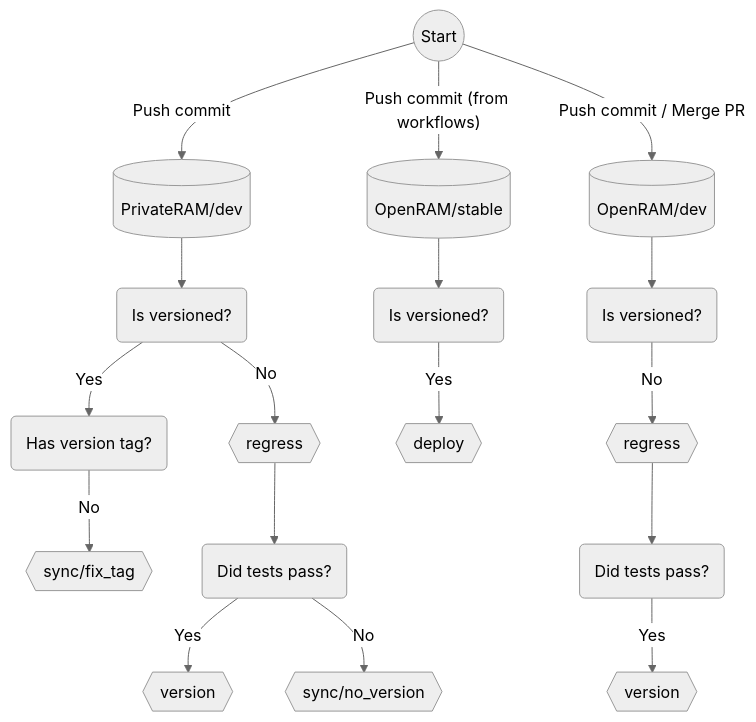
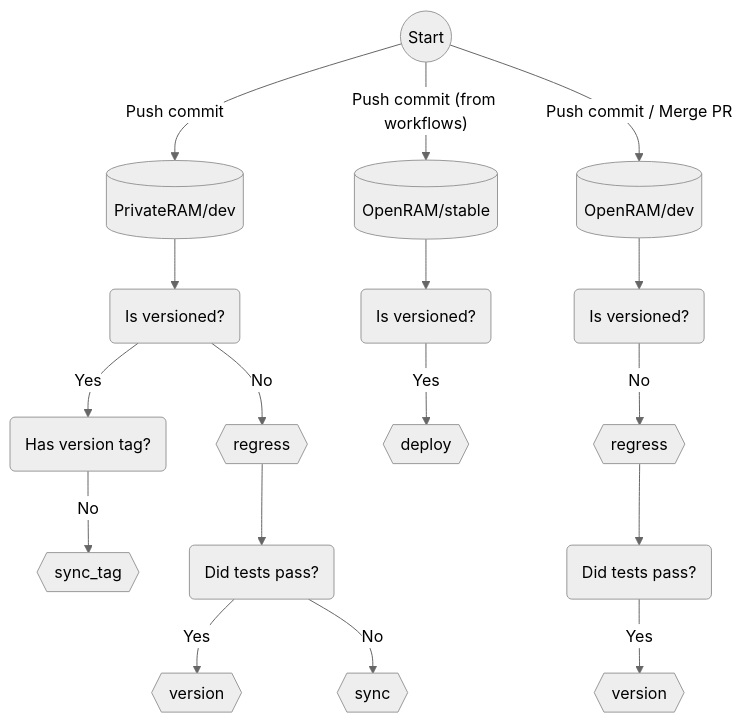
Before and after one commit to VLSIDA/OpenRAM: the diagram in .github/workflows/README.md, drawn with Mermaid (neutral theme). The commit also changed 2 other files, not shown here.

Commit message:
Fix workflow skipping sync

````diff
--- a/.github/workflows/README.md
+++ b/.github/workflows/README.md
@@ -80,42 +80,42 @@
 ```mermaid
 flowchart TD
 
 start((Start));
 privatedev[(PrivateRAM/dev)];
 publicdev[(OpenRAM/dev)];
 publicstable[(OpenRAM/stable)];
 regressprivate{{regress}};
 regresspublic{{regress}};
-syncnover{{sync/no_version}};
-synctag{{sync/fix_tag}};
+syncnover{{sync}};
+synctag{{sync_tag}};
 deploy{{deploy}};
 versionprivate{{version}};
 versionpublic{{version}};
 
 privateif1(Is versioned?);
 privateif2(Has version tag?);
 privateif3(Did tests pass?);
 
 publicif1(Is versioned?);
 publicif2(Is versioned?);
 publicif3(Did tests pass?)
 
 start-- Push commit -->privatedev
     privatedev-->privateif1
     privateif1-- Yes -->privateif2
         privateif2-- No -->synctag
     privateif1-- No -->regressprivate
         regressprivate-->privateif3
             privateif3-- Yes -->versionprivate
             privateif3-- No -->syncnover
 
 start-- Push commit / Merge PR -->publicdev
 publicdev-->publicif1
     publicif1-- No -->regresspublic
         regresspublic-->publicif3
             publicif3-- Yes -->versionpublic
 
 start-- "Push commit (from workflows)" -->publicstable
 publicstable-->publicif2
     publicif2-- Yes -->deploy
 ```
````
